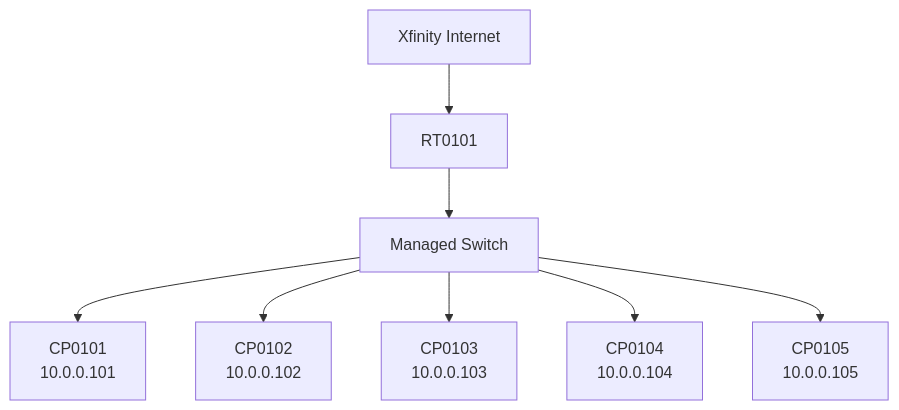
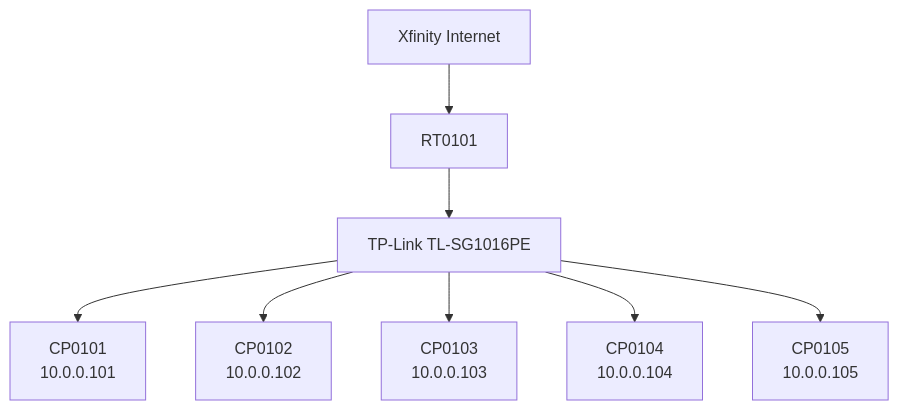
Before and after one commit to broswen-com/docs: the first of 2 diagrams in docs/homelab/network.md, drawn with Mermaid. The commit also changed other lines of this file, not shown here.

````diff
--- a/docs/homelab/network.md
+++ b/docs/homelab/network.md
@@ -21,19 +20,19 @@
 ```mermaid
 graph TD
     Internet[Xfinity Internet]
     Router[RT0101]
-    Switch[Managed Switch]
+    Switch[TP-Link TL-SG1016PE]
     CP0101[CP0101<br/>10.0.0.101]
     CP0102[CP0102<br/>10.0.0.102]
     CP0103[CP0103<br/>10.0.0.103]
     CP0104[CP0104<br/>10.0.0.104]
     CP0105[CP0105<br/>10.0.0.105]
 
     Internet --> Router
     Router --> Switch
     Switch --> CP0101
     Switch --> CP0102
     Switch --> CP0103
     Switch --> CP0104
     Switch --> CP0105
 ```
````
